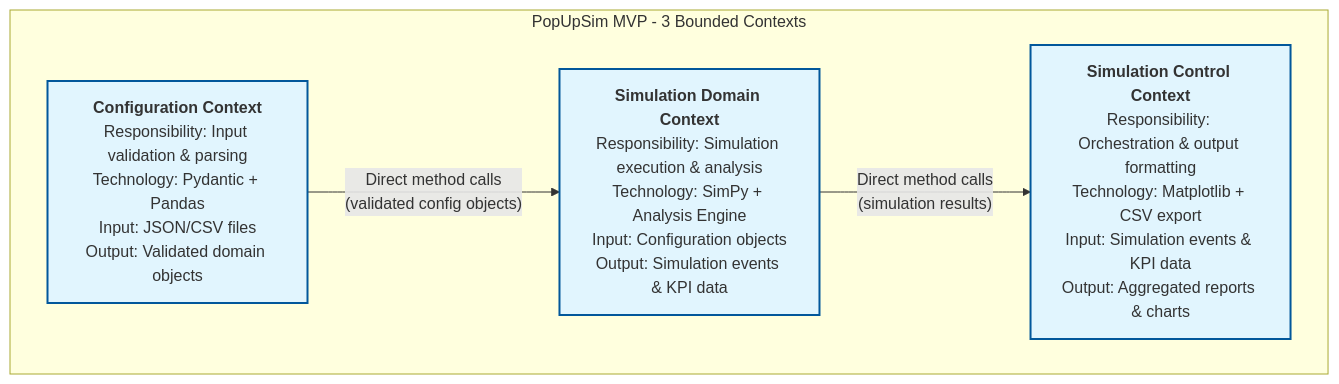
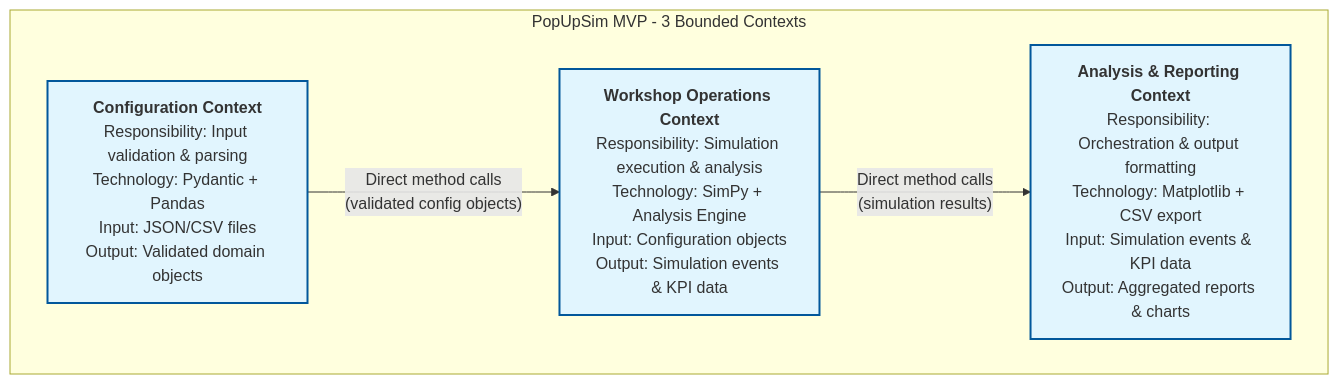
One commit to OpenRailAssociation/dac-migration-dss-popupsim changed the first of 3 diagrams in docs/mvp/architecture/04-solution-strategy.md. Above: the diagram before and after it, drawn with Mermaid. The commit also changed other lines of this file and 13 other files, not shown here.

````diff
--- a/docs/mvp/architecture/04-solution-strategy.md
+++ b/docs/mvp/architecture/04-solution-strategy.md
@@ -13,16 +13,16 @@
 ```mermaid
 graph TB
     subgraph "PopUpSim MVP - 3 Bounded Contexts"
         CC["<b>Configuration Context</b><br/>Responsibility: Input validation & parsing<br/>Technology: Pydantic + Pandas<br/>Input: JSON/CSV files<br/>Output: Validated domain objects"]
 
-        SD["<b>Simulation Domain Context</b><br/>Responsibility: Simulation execution & analysis<br/>Technology: SimPy + Analysis Engine<br/>Input: Configuration objects<br/>Output: Simulation events & KPI data"]
+        SD["<b>Workshop Operations Context</b><br/>Responsibility: Simulation execution & analysis<br/>Technology: SimPy + Analysis Engine<br/>Input: Configuration objects<br/>Output: Simulation events & KPI data"]
 
-        SC["<b>Simulation Control Context</b><br/>Responsibility: Orchestration & output formatting<br/>Technology: Matplotlib + CSV export<br/>Input: Simulation events & KPI data<br/>Output: Aggregated reports & charts"]
+        SC["<b>Analysis & Reporting Context</b><br/>Responsibility: Orchestration & output formatting<br/>Technology: Matplotlib + CSV export<br/>Input: Simulation events & KPI data<br/>Output: Aggregated reports & charts"]
     end
 
     CC -->|"Direct method calls<br/>(validated config objects)"| SD
     SD -->|"Direct method calls<br/>(simulation results)"| SC
 
     classDef context fill:#e1f5fe,stroke:#01579b,stroke-width:2px
     class CC,SD,SC context
 ```
````
